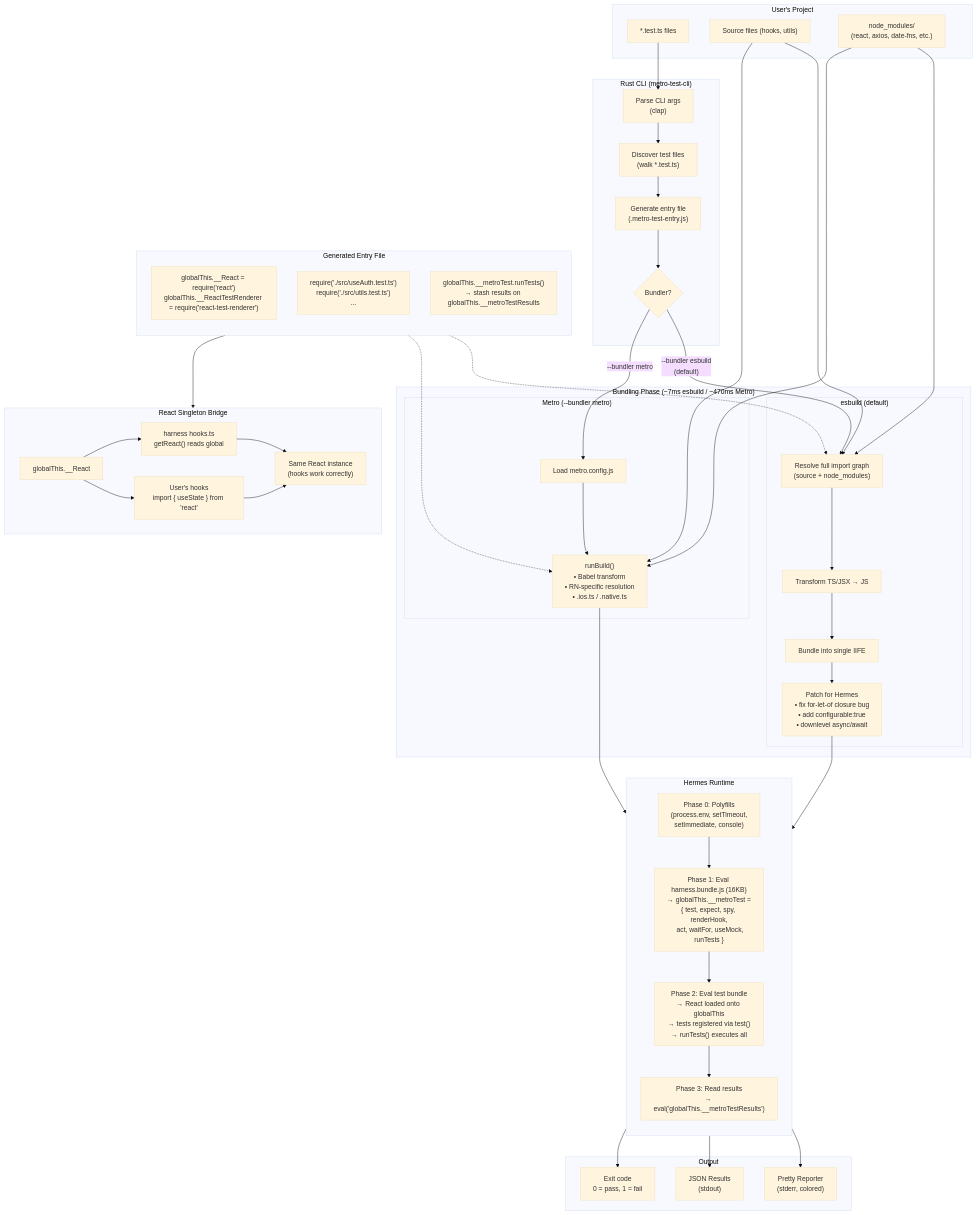
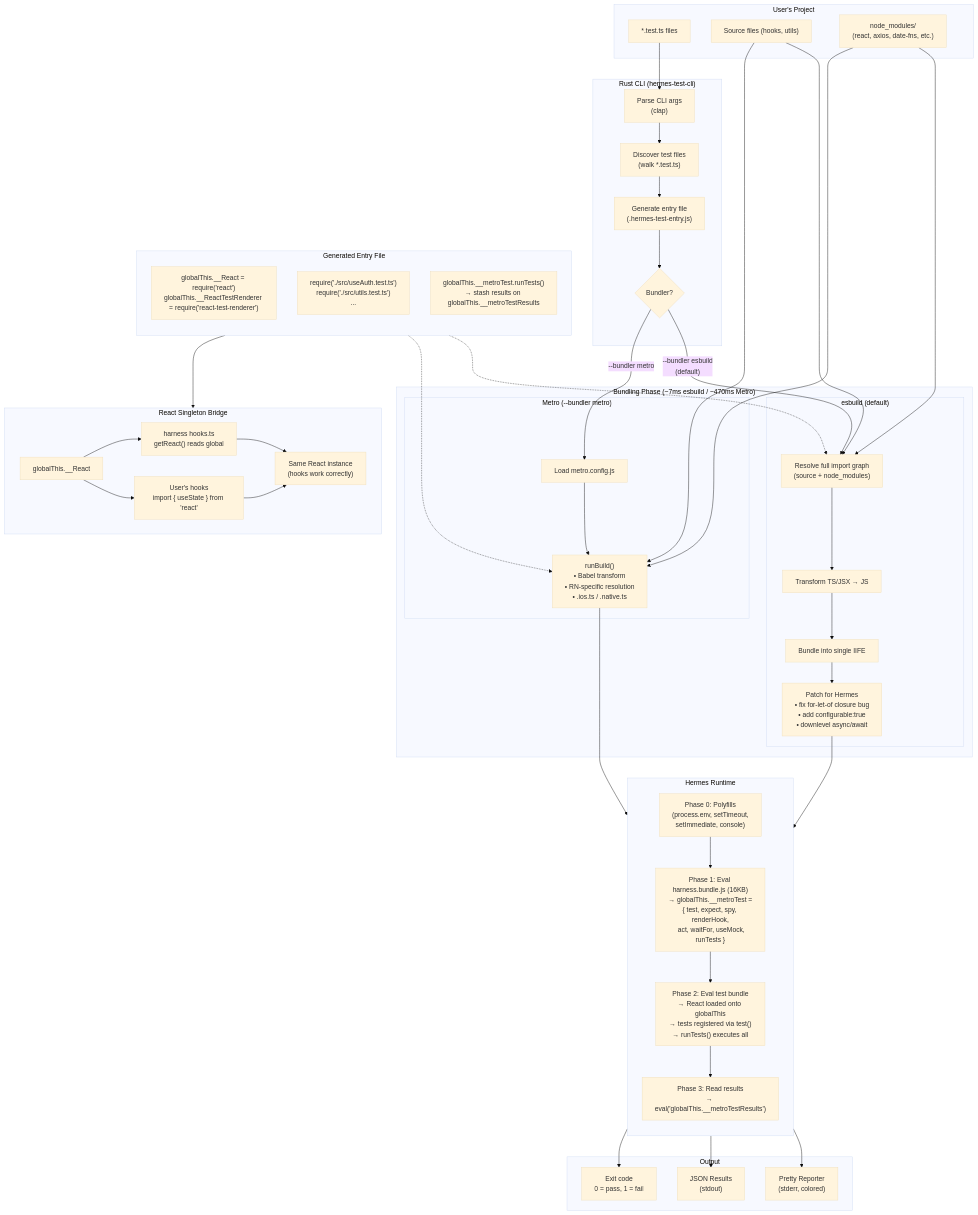
One commit to marcuzgabriel/hermes-test changed the first of 3 diagrams in docs/architecture.md. Above: the diagram before and after it, drawn with Mermaid (base theme). The commit also changed other lines of this file and 11 other files, not shown here.

First line of the commit message:
Publish to GitHub Packages, rename metro-test refs, fix idempotent release

```diff
--- a/docs/architecture.md
+++ b/docs/architecture.md
@@ -8,10 +8,10 @@
         NM["node_modules/\n(react, axios, date-fns, etc.)"]
     end
 
-    subgraph CLI["Rust CLI (metro-test-cli)"]
+    subgraph CLI["Rust CLI (hermes-test-cli)"]
         PARSE["Parse CLI args\n(clap)"]
         DISCOVER["Discover test files\n(walk *.test.ts)"]
-        ENTRY["Generate entry file\n(.metro-test-entry.js)"]
+        ENTRY["Generate entry file\n(.hermes-test-entry.js)"]
         CHOOSE{Bundler?}
     end
 
```
